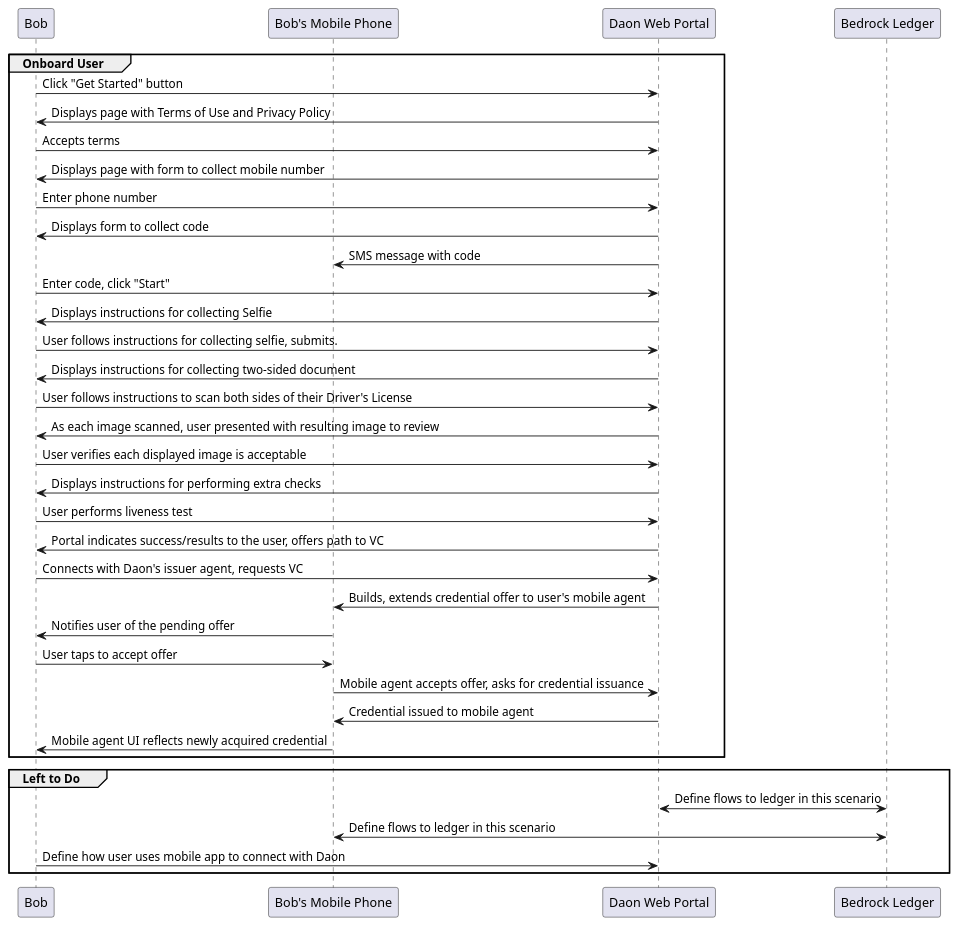
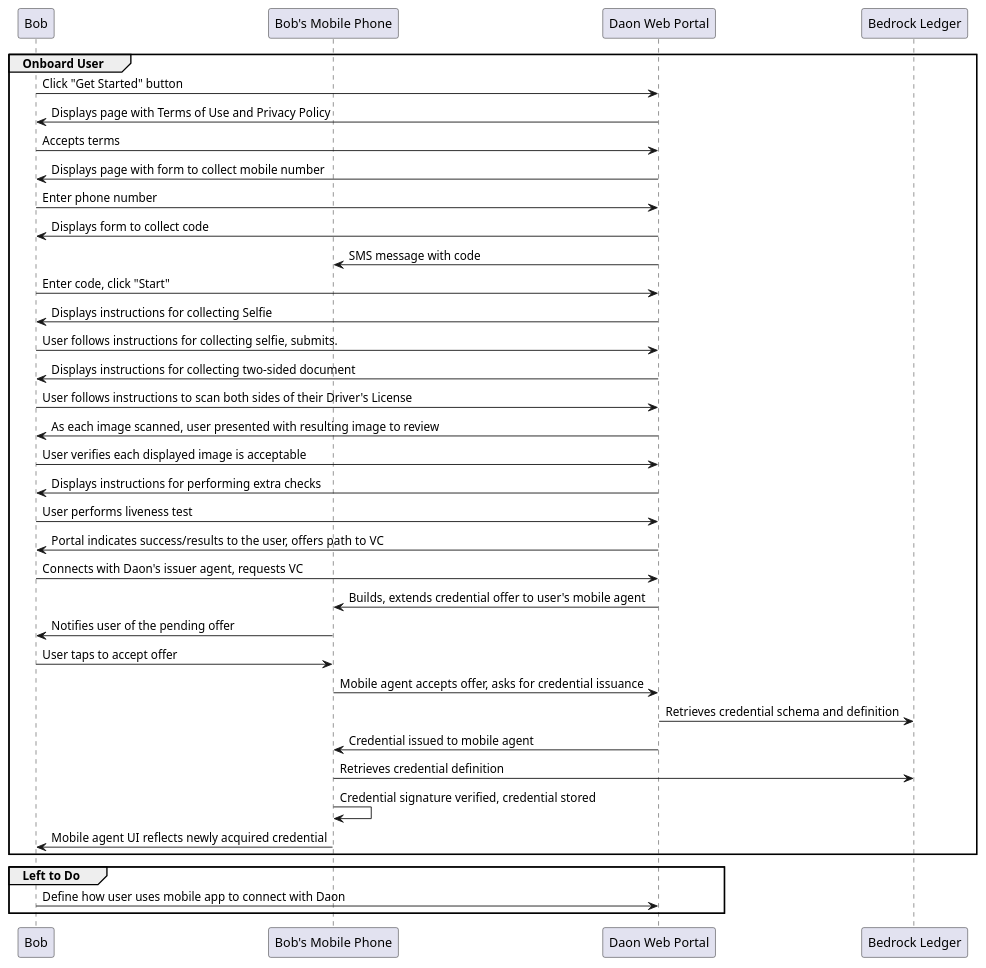
The diagram in PoC/docs/interactionDiagrams/src/DaonIssuance.puml (bedrock-consortium/bbu-tswg-research), drawn with PlantUML before and after one commit. The commit also changed 7 other files, not shown here.

Commit message:
updated interaction diagrams to clarify ledger use

```diff
--- a/PoC/docs/interactionDiagrams/src/DaonIssuance.puml
+++ b/PoC/docs/interactionDiagrams/src/DaonIssuance.puml
@@ -1,41 +1,42 @@
 @startuml
 
 participant "Bob" as USER
 participant "Bob's Mobile Phone" as MP
 participant "Daon Web Portal" as DA
 participant "Bedrock Ledger" as LE
 
 group Onboard User
 USER->DA: Click "Get Started" button
 DA->USER: Displays page with Terms of Use and Privacy Policy
 USER->DA: Accepts terms
 DA->USER: Displays page with form to collect mobile number
 USER->DA: Enter phone number
 DA->USER: Displays form to collect code
 DA->MP: SMS message with code
 USER->DA: Enter code, click "Start"
 DA->USER: Displays instructions for collecting Selfie
 USER->DA: User follows instructions for collecting selfie, submits.
 DA->USER: Displays instructions for collecting two-sided document
 USER->DA: User follows instructions to scan both sides of their Driver's License
 DA->USER: As each image scanned, user presented with resulting image to review
 USER->DA: User verifies each displayed image is acceptable
 DA->USER: Displays instructions for performing extra checks
 USER->DA: User performs liveness test
 DA->USER: Portal indicates success/results to the user, offers path to VC
 USER->DA: Connects with Daon's issuer agent, requests VC
 DA->MP:   Builds, extends credential offer to user's mobile agent
 MP->USER: Notifies user of the pending offer
 USER->MP: User taps to accept offer
 MP->DA:   Mobile agent accepts offer, asks for credential issuance
+DA->LE:   Retrieves credential schema and definition 
 DA->MP:   Credential issued to mobile agent
+MP->LE:   Retrieves credential definition
+MP->MP:   Credential signature verified, credential stored
 MP->USER: Mobile agent UI reflects newly acquired credential
 end
 
 group Left to Do
-DA<->LE:  Define flows to ledger in this scenario
-MP<->LE:  Define flows to ledger in this scenario
 USER->DA: Define how user uses mobile app to connect with Daon 
 end
 
 @enduml
```
